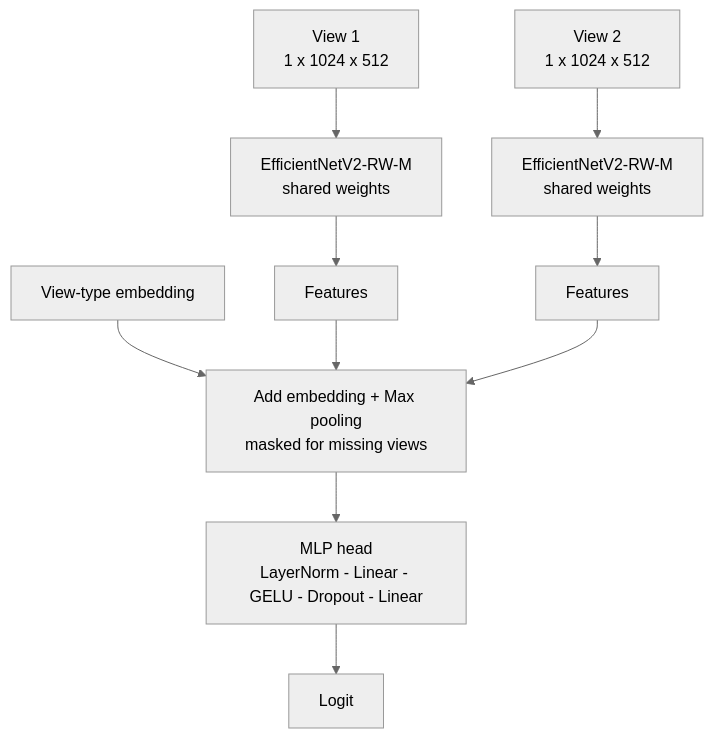
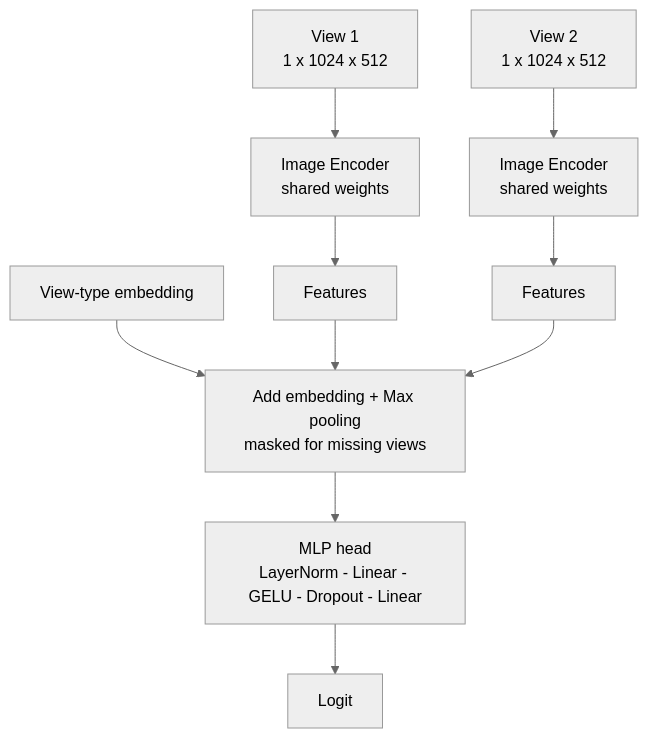
The second of 2 diagrams in README.md (malihealavi/Breast-Cancer-Detection), drawn with Mermaid (neutral theme) before and after one commit. The commit also changed other lines of this file, not shown here.

````diff
--- a/README.md
+++ b/README.md
@@ -36,12 +36,12 @@
 ```mermaid
 flowchart TB
-    V1[View 1<br/>1 x 1024 x 512] --> E1[EfficientNetV2-RW-M<br/>shared weights]
-    V2[View 2<br/>1 x 1024 x 512] --> E2[EfficientNetV2-RW-M<br/>shared weights]
+    V1[View 1<br/>1 x 1024 x 512] --> E1[Image Encoder<br/>shared weights]
+    V2[View 2<br/>1 x 1024 x 512] --> E2[Image Encoder<br/>shared weights]
     E1 --> F1[Features]
     E2 --> F2[Features]
     T[View-type embedding] --> P
     F1 --> P[Add embedding + Max pooling<br/>masked for missing views]
     F2 --> P
     P --> H[MLP head<br/>LayerNorm - Linear - GELU - Dropout - Linear]
     H --> O[Logit]
 ```
````
